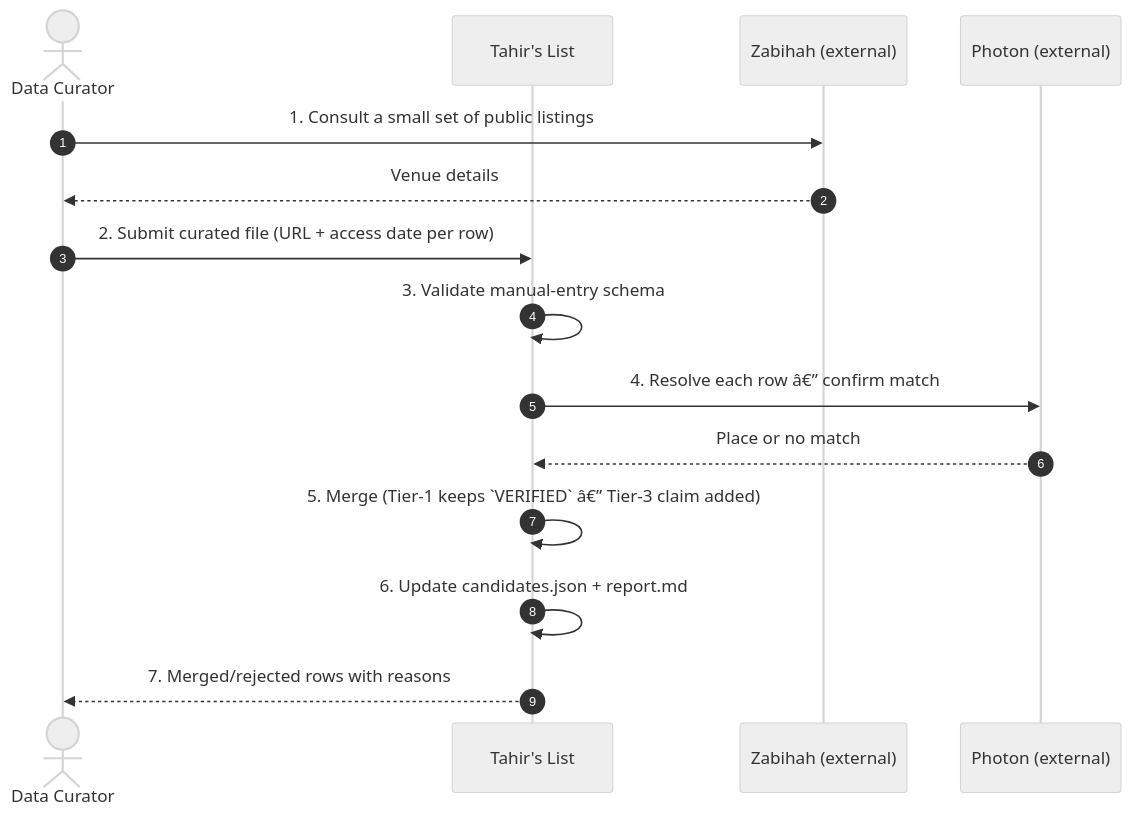
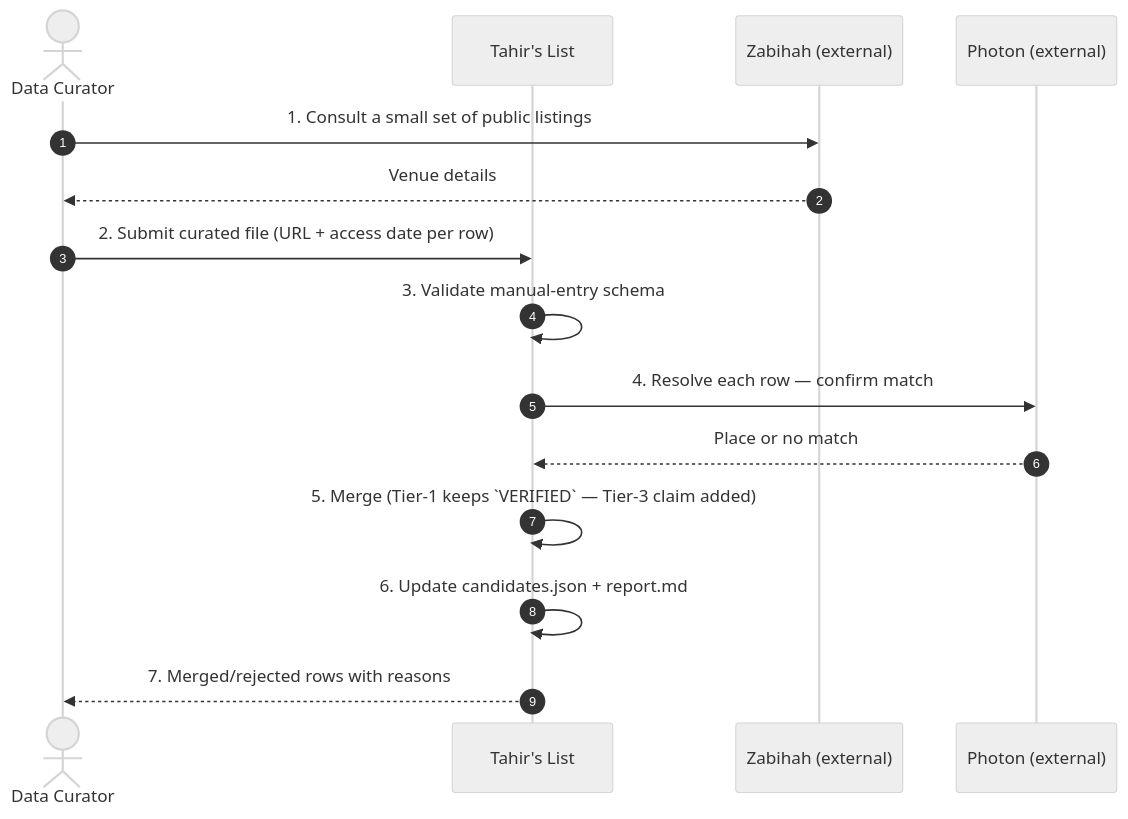
One commit to Losers-Lab/tahirs-list changed the first of 6 diagrams in docs/features/SC-211/04-blackbox/UC-02-compile-cited-manual-batch.md. Above: the diagram before and after it, drawn with Mermaid (neutral theme). The commit also changed other lines of this file and 12 other files, not shown here.

````diff
--- a/docs/features/SC-211/04-blackbox/UC-02-compile-cited-manual-batch.md
+++ b/docs/features/SC-211/04-blackbox/UC-02-compile-cited-manual-batch.md
@@ -6,17 +6,17 @@
 ```mermaid
 sequenceDiagram
   autonumber
   actor DC as Data Curator
   participant TL as Tahir's List
   participant ZAB as Zabihah (external)
   participant PH as Photon (external)
   DC->>ZAB: 1. Consult a small set of public listings
   ZAB-->>DC: Venue details
   DC->>TL: 2. Submit curated file (URL + access date per row)
   TL->>TL: 3. Validate manual-entry schema
-  TL->>PH: 4. Resolve each row â€” confirm match
+  TL->>PH: 4. Resolve each row — confirm match
   PH-->>TL: Place or no match
-  TL->>TL: 5. Merge (Tier-1 keeps `VERIFIED` â€” Tier-3 claim added)
+  TL->>TL: 5. Merge (Tier-1 keeps `VERIFIED` — Tier-3 claim added)
   TL->>TL: 6. Update candidates.json + report.md
   TL-->>DC: 7. Merged/rejected rows with reasons
 ```
````
